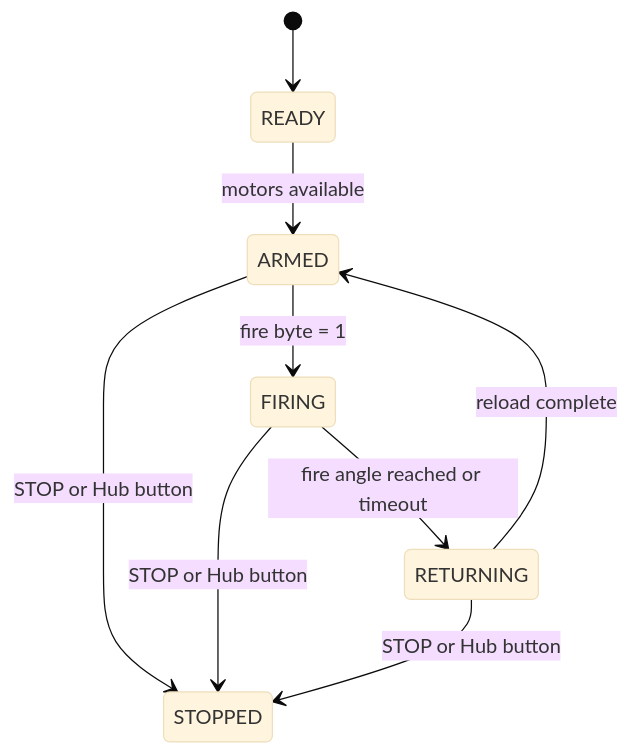
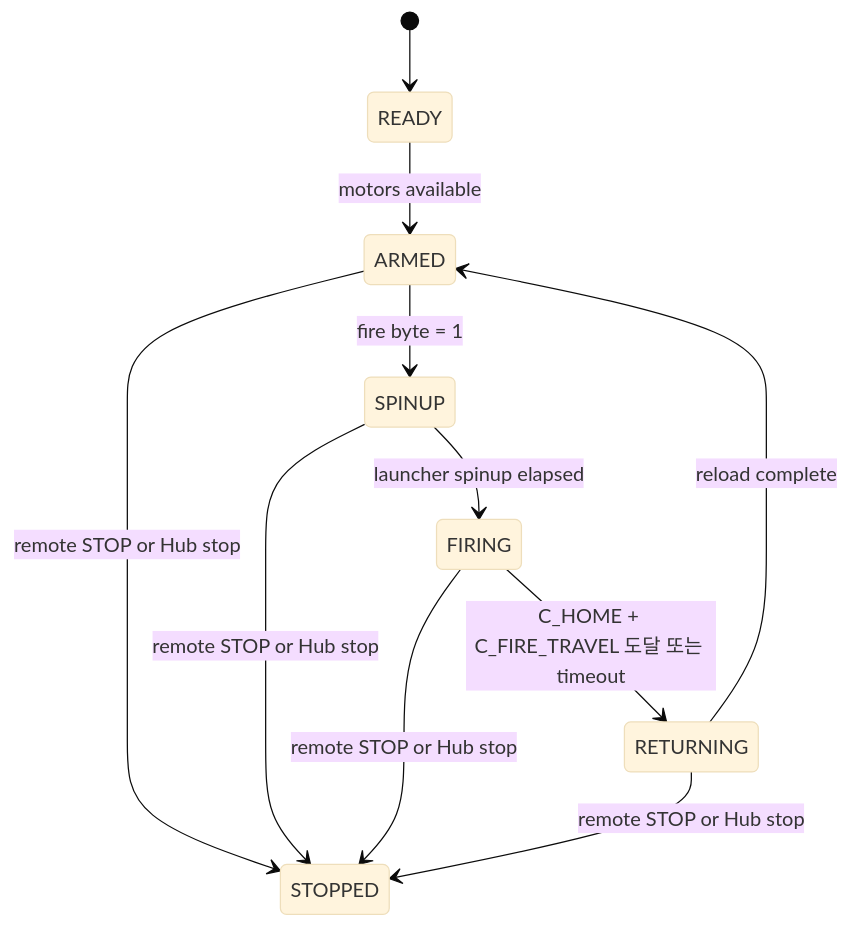
The first of 2 diagrams in docs/ko/STATE_MACHINES.md (orca-svg/CS270_FinalProject), drawn with Mermaid (base theme) before and after one commit. The commit also changed other lines of this file and 13 other files, not shown here.

Commit message:
Harden Gesture-BT fire recovery flow

````diff
--- a/docs/ko/STATE_MACHINES.md
+++ b/docs/ko/STATE_MACHINES.md
@@ -5,11 +5,13 @@
 ```mermaid
 stateDiagram-v2
   [*] --> READY
   READY --> ARMED: motors available
-  ARMED --> FIRING: fire byte = 1
-  FIRING --> RETURNING: fire angle reached or timeout
+  ARMED --> SPINUP: fire byte = 1
+  SPINUP --> FIRING: launcher spinup elapsed
+  FIRING --> RETURNING: C_HOME + C_FIRE_TRAVEL 도달 또는 timeout
   RETURNING --> ARMED: reload complete
-  ARMED --> STOPPED: STOP or Hub button
-  FIRING --> STOPPED: STOP or Hub button
-  RETURNING --> STOPPED: STOP or Hub button
+  ARMED --> STOPPED: remote STOP or Hub stop
+  SPINUP --> STOPPED: remote STOP or Hub stop
+  FIRING --> STOPPED: remote STOP or Hub stop
+  RETURNING --> STOPPED: remote STOP or Hub stop
 ```
````
